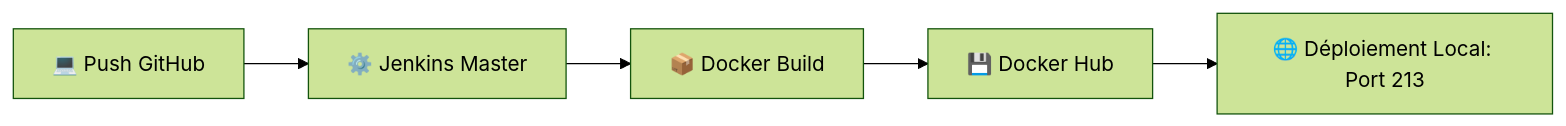
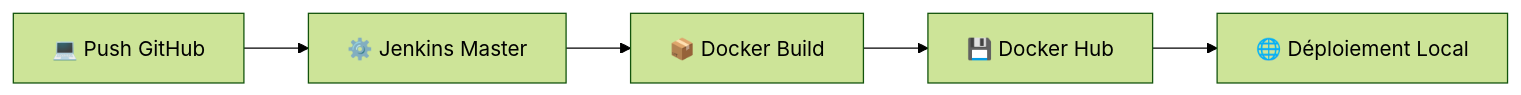
One commit to LAMBARAA-Abdellah/DEVOPS changed the diagram in README.md. Above: the diagram before and after it, drawn with Mermaid (forest theme). The commit also changed other lines of this file, not shown here.

````diff
--- a/README.md
+++ b/README.md
@@ -9,7 +9,7 @@
 ```mermaid
 graph LR
     A[💻 Push GitHub] --> B[⚙️ Jenkins Master]
     B --> C[📦 Docker Build]
     C --> D[💾 Docker Hub]
-    D --> E[🌐 Déploiement Local: Port 213]
+    D --> E[🌐 Déploiement Local]
 ```
````
